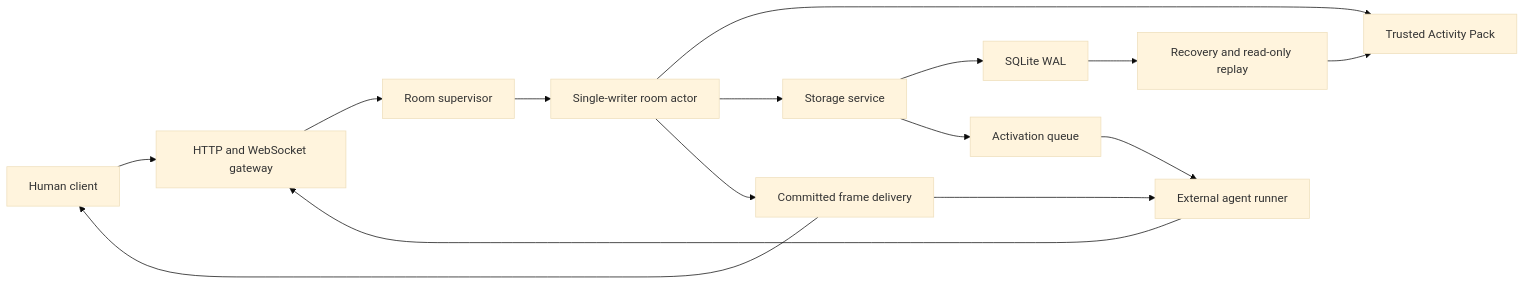
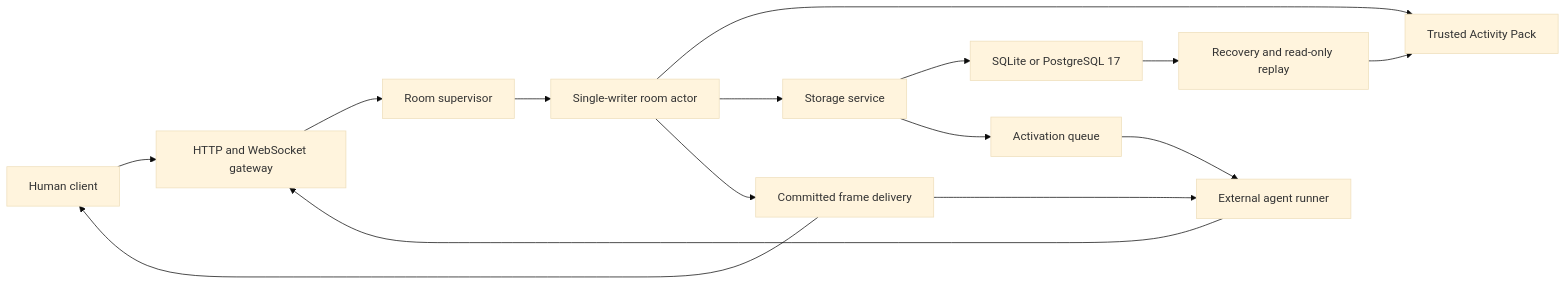
One commit to imom39a/worldstream changed the first of 3 diagrams in docs/architecture.md. Above: the diagram before and after it, drawn with Mermaid (base theme). The commit also changed other lines of this file and 7 other files, not shown here.

```diff
--- a/docs/architecture.md
+++ b/docs/architecture.md
@@ -13,17 +13,17 @@
 ~~~mermaid
 flowchart LR
     HC["Human client"] --> GW["HTTP and WebSocket gateway"]
     AR["External agent runner"] --> GW
     GW --> RS["Room supervisor"]
     RS --> RA["Single-writer room actor"]
     RA --> AP["Trusted Activity Pack"]
     RA --> ST["Storage service"]
-    ST --> DB["SQLite WAL"]
+    ST --> DB["SQLite or PostgreSQL 17"]
     RA --> DL["Committed frame delivery"]
     DL --> HC
     DL --> AR
     ST --> AC["Activation queue"]
     AC --> AR
     DB --> RP["Recovery and read-only replay"]
     RP --> AP
 ~~~
```
